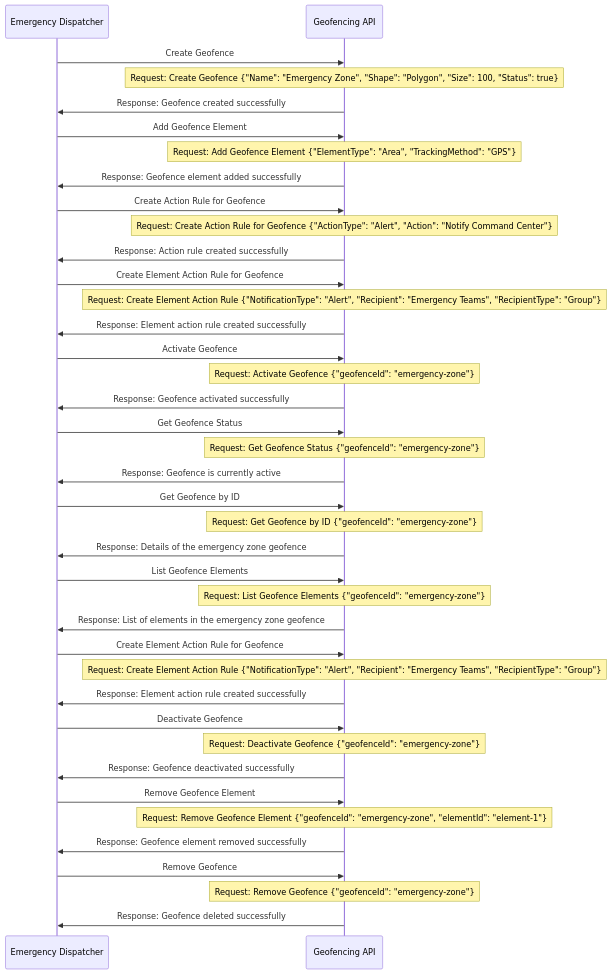
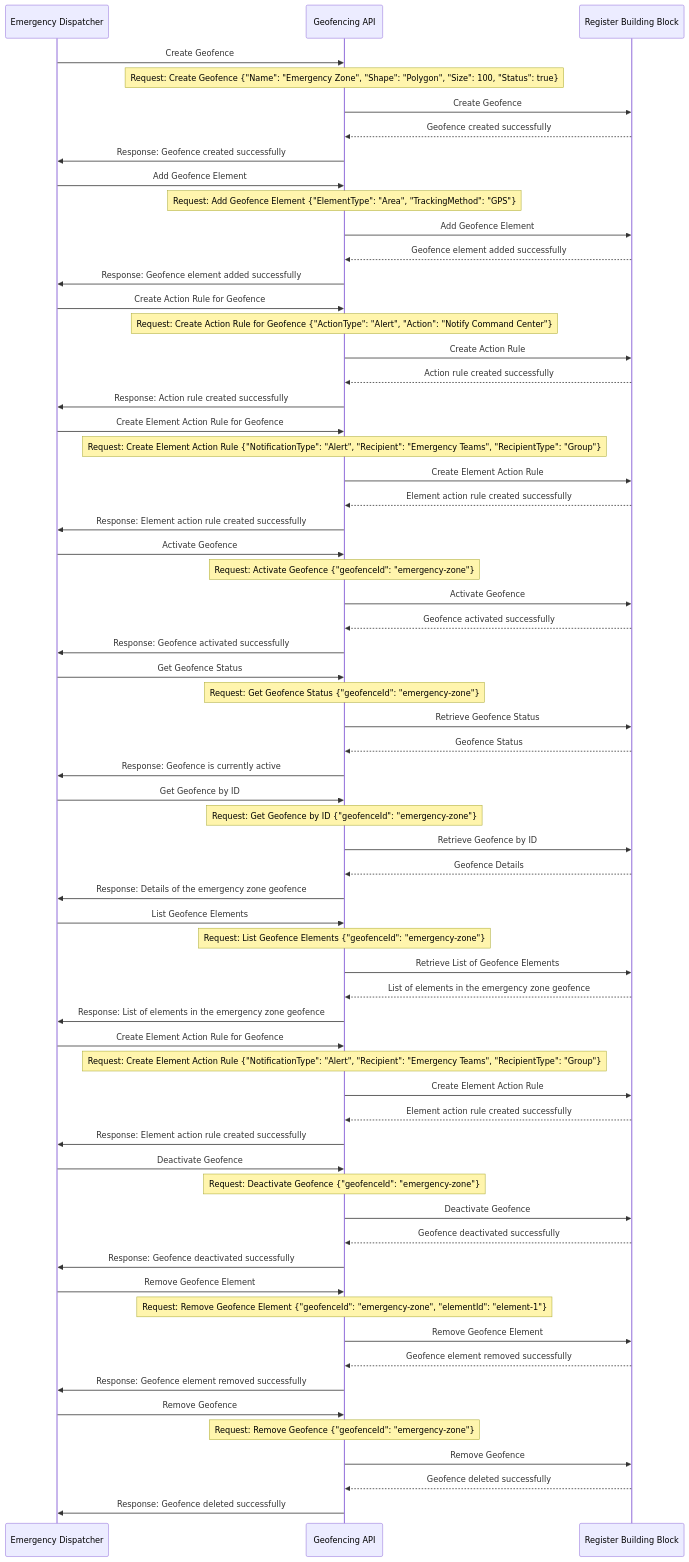
One commit to GovStackWorkingGroup/bb-gis changed diagram 16 of 18 in spec/9-workflows.md. Above: the diagram before and after it, drawn with Mermaid. The commit also changed other lines of this file and 20 other files, not shown here.

````diff
--- a/spec/9-workflows.md
+++ b/spec/9-workflows.md
@@ -675,53 +677,79 @@
 ```mermaid
 sequenceDiagram
   participant Dispatcher as Emergency Dispatcher
   participant GeofencingAPI as Geofencing API
+  participant RegisterBB as Register Building Block
 
   Dispatcher->>GeofencingAPI: Create Geofence
   Note over GeofencingAPI: Request: Create Geofence {"Name": "Emergency Zone", "Shape": "Polygon", "Size": 100, "Status": true}
+  GeofencingAPI->>RegisterBB: Create Geofence
+  RegisterBB-->>GeofencingAPI: Geofence created successfully
   GeofencingAPI->>Dispatcher: Response: Geofence created successfully
 
   Dispatcher->>GeofencingAPI: Add Geofence Element
   Note over GeofencingAPI: Request: Add Geofence Element {"ElementType": "Area", "TrackingMethod": "GPS"}
+  GeofencingAPI->>RegisterBB: Add Geofence Element
+  RegisterBB-->>GeofencingAPI: Geofence element added successfully
   GeofencingAPI->>Dispatcher: Response: Geofence element added successfully
 
   Dispatcher->>GeofencingAPI: Create Action Rule for Geofence
   Note over GeofencingAPI: Request: Create Action Rule for Geofence {"ActionType": "Alert", "Action": "Notify Command Center"}
+  GeofencingAPI->>RegisterBB: Create Action Rule
+  RegisterBB-->>GeofencingAPI: Action rule created successfully
   GeofencingAPI->>Dispatcher: Response: Action rule created successfully
 
   Dispatcher->>GeofencingAPI: Create Element Action Rule for Geofence
   Note over GeofencingAPI: Request: Create Element Action Rule {"NotificationType": "Alert", "Recipient": "Emergency Teams", "RecipientType": "Group"}
+  GeofencingAPI->>RegisterBB: Create Element Action Rule
+  RegisterBB-->>GeofencingAPI: Element action rule created successfully
   GeofencingAPI->>Dispatcher: Response: Element action rule created successfully
 
   Dispatcher->>GeofencingAPI: Activate Geofence
   Note over GeofencingAPI: Request: Activate Geofence {"geofenceId": "emergency-zone"}
+  GeofencingAPI->>RegisterBB: Activate Geofence
+  RegisterBB-->>GeofencingAPI: Geofence activated successfully
   GeofencingAPI->>Dispatcher: Response: Geofence activated successfully
 
   Dispatcher->>GeofencingAPI: Get Geofence Status
   Note over GeofencingAPI: Request: Get Geofence Status {"geofenceId": "emergency-zone"}
+  GeofencingAPI->>RegisterBB: Retrieve Geofence Status
+  RegisterBB-->>GeofencingAPI: Geofence Status
   GeofencingAPI->>Dispatcher: Response: Geofence is currently active
 
   Dispatcher->>GeofencingAPI: Get Geofence by ID
   Note over GeofencingAPI: Request: Get Geofence by ID {"geofenceId": "emergency-zone"}
+  GeofencingAPI->>RegisterBB: Retrieve Geofence by ID
+  RegisterBB-->>GeofencingAPI: Geofence Details
   GeofencingAPI->>Dispatcher: Response: Details of the emergency zone geofence
 
   Dispatcher->>GeofencingAPI: List Geofence Elements
   Note over GeofencingAPI: Request: List Geofence Elements {"geofenceId": "emergency-zone"}
+  GeofencingAPI->>RegisterBB: Retrieve List of Geofence Elements
+  RegisterBB-->>GeofencingAPI: List of elements in the emergency zone geofence
   GeofencingAPI->>Dispatcher: Response: List of elements in the emergency zone geofence
 
   Dispatcher->>GeofencingAPI: Create Element Action Rule for Geofence
   Note over GeofencingAPI: Request: Create Element Action Rule {"NotificationType": "Alert", "Recipient": "Emergency Teams", "RecipientType": "Group"}
+  GeofencingAPI->>RegisterBB: Create Element Action Rule
+  RegisterBB-->>GeofencingAPI: Element action rule created successfully
   GeofencingAPI->>Dispatcher: Response: Element action rule created successfully
 
   Dispatcher->>GeofencingAPI: Deactivate Geofence
   Note over GeofencingAPI: Request: Deactivate Geofence {"geofenceId": "emergency-zone"}
+  GeofencingAPI->>RegisterBB: Deactivate Geofence
+  RegisterBB-->>GeofencingAPI: Geofence deactivated successfully
   GeofencingAPI->>Dispatcher: Response: Geofence deactivated successfully
 
   Dispatcher->>GeofencingAPI: Remove Geofence Element
   Note over GeofencingAPI: Request: Remove Geofence Element {"geofenceId": "emergency-zone", "elementId": "element-1"}
+  GeofencingAPI->>RegisterBB: Remove Geofence Element
+  RegisterBB-->>GeofencingAPI: Geofence element removed successfully
   GeofencingAPI->>Dispatcher: Response: Geofence element removed successfully
 
   Dispatcher->>GeofencingAPI: Remove Geofence
   Note over GeofencingAPI: Request: Remove Geofence {"geofenceId": "emergency-zone"}
+  GeofencingAPI->>RegisterBB: Remove Geofence
+  RegisterBB-->>GeofencingAPI: Geofence deleted successfully
   GeofencingAPI->>Dispatcher: Response: Geofence deleted successfully
+
 ```
````
